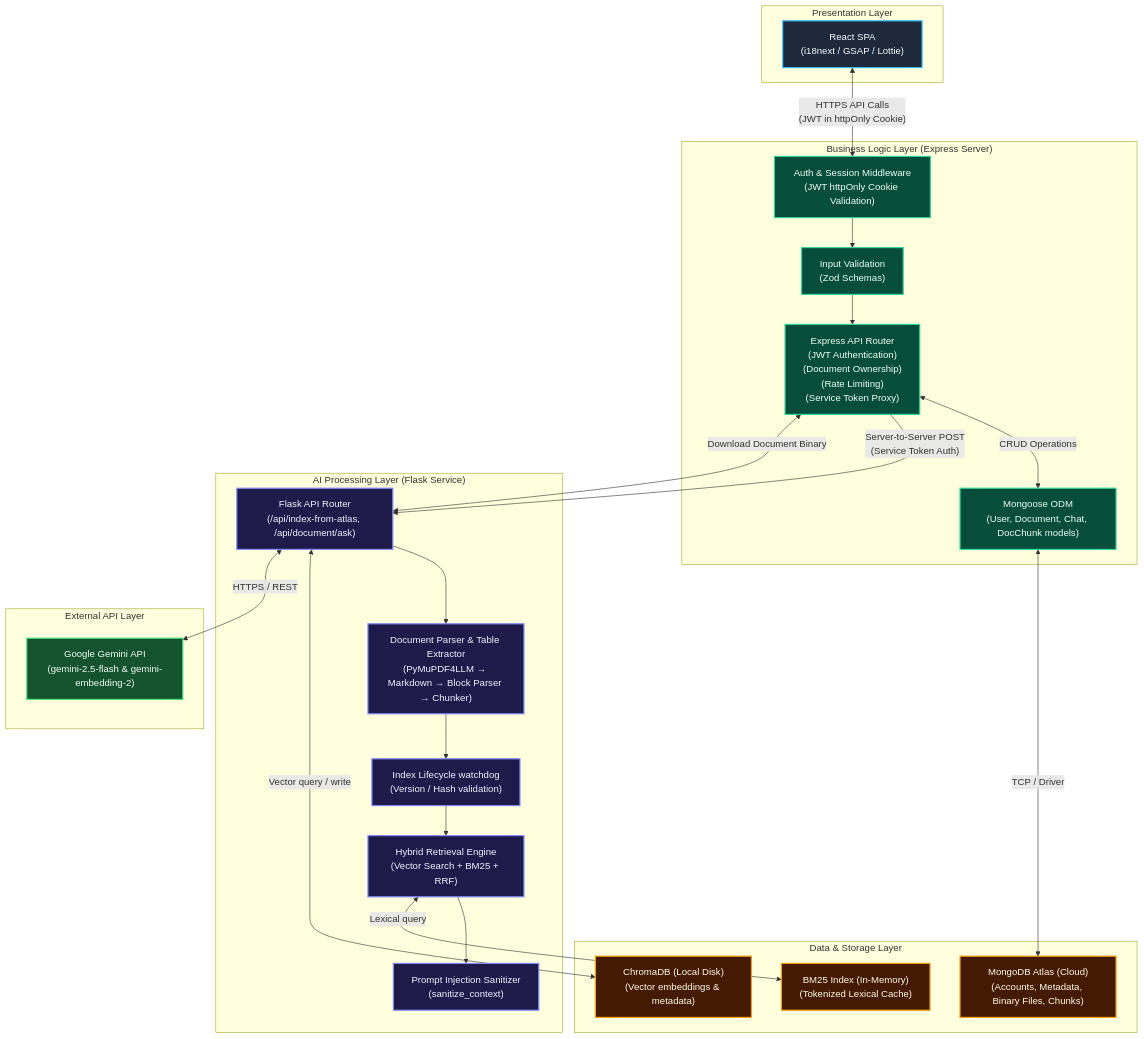
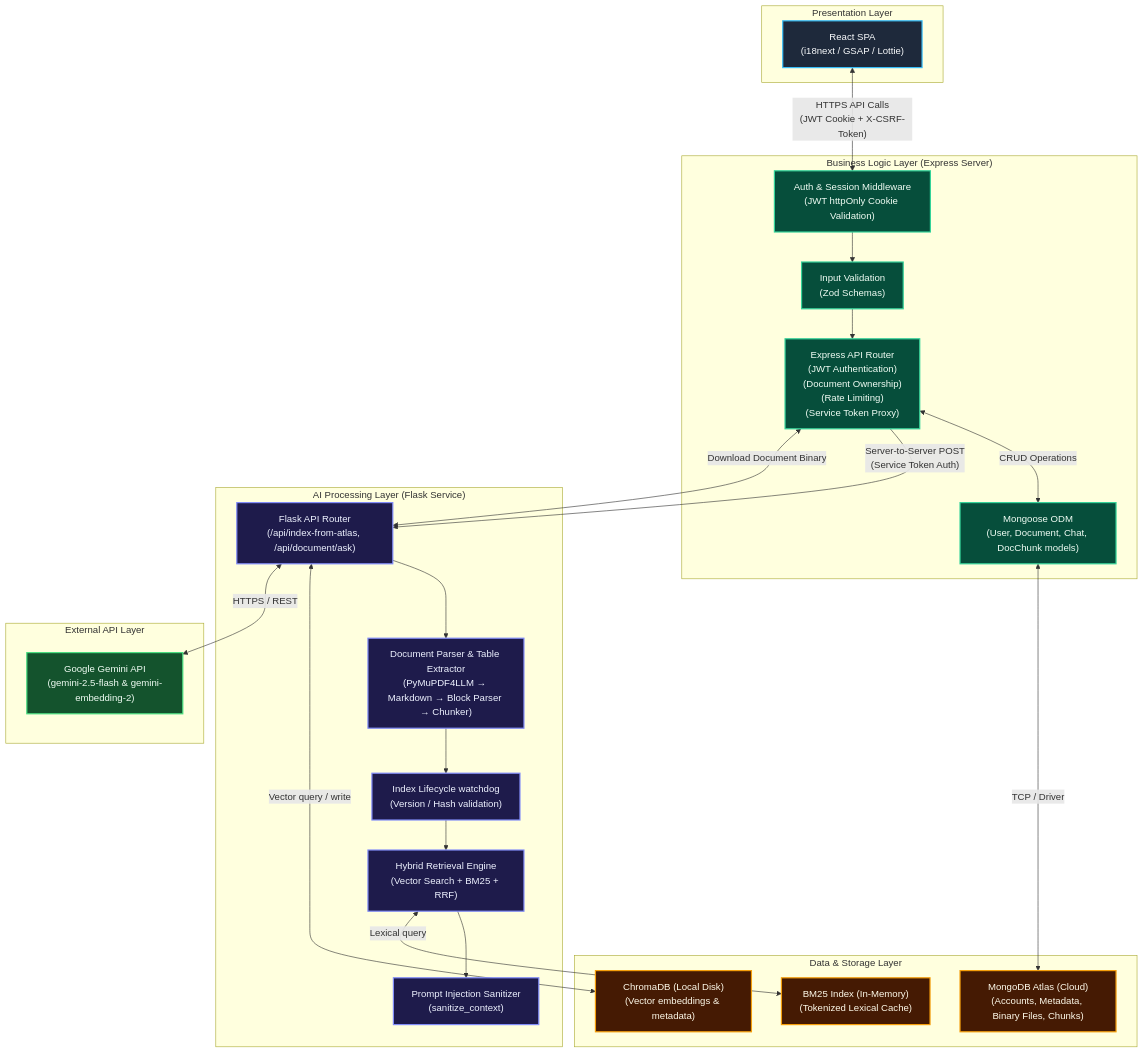
Before and after one commit to Dr-Venom29/SmartDocQ: the second of 2 diagrams in README.md, drawn with Mermaid. The commit also changed other lines of this file and 12 other files, not shown here.

````diff
--- a/README.md
+++ b/README.md
@@ -118,65 +120,65 @@
 ```mermaid
 graph TD
     %% Styles
     classDef client fill:#1E293B,stroke:#38BDF8,stroke-width:2px,color:#F8FAFC;
     classDef business fill:#064E3B,stroke:#34D399,stroke-width:2px,color:#F0FDF4;
     classDef aiservice fill:#1E1B4B,stroke:#818CF8,stroke-width:2px,color:#EEF2FF;
     classDef storage fill:#451A03,stroke:#F59E0B,stroke-width:2px,color:#FFFBEB;
     classDef external fill:#14532D,stroke:#4ADE80,stroke-width:2px,color:#F0FDF4;
 
     %% Client Layer
     subgraph Client_Layer ["Presentation Layer"]
         ReactSPA["React SPA<br/>(i18next / GSAP / Lottie)"]:::client
     end
 
     %% Business Logic Layer
     subgraph Middleware_Layer ["Business Logic Layer (Express Server)"]
         ExpressRouter["Express API Router<br/>(JWT Authentication)<br/>(Document Ownership)<br/>(Rate Limiting)<br/>(Service Token Proxy)"]:::business
         AuthGuard["Auth & Session Middleware<br/>(JWT httpOnly Cookie Validation)"]:::business
         ZodValidator["Input Validation<br/>(Zod Schemas)"]:::business
         MongooseDB["Mongoose ODM<br/>(User, Document, Chat, DocChunk models)"]:::business
     end
 
     %% AI Processing Layer
     subgraph AI_Layer ["AI Processing Layer (Flask Service)"]
         FlaskApp["Flask API Router<br/>(/api/index-from-atlas, /api/document/ask)"]:::aiservice
         Parser["Document Parser & Table Extractor<br/>(PyMuPDF4LLM → Markdown → Block Parser → Chunker)"]:::aiservice
         VersionManager["Index Lifecycle watchdog<br/>(Version / Hash validation)"]:::aiservice
         RetrievalPipeline["Hybrid Retrieval Engine<br/>(Vector Search + BM25 + RRF)"]:::aiservice
         Sanitizer["Prompt Injection Sanitizer<br/>(sanitize_context)"]:::aiservice
     end
 
     %% Storage Layer
     subgraph Storage_Layer ["Data & Storage Layer"]
         MongoDB["MongoDB Atlas (Cloud)<br/>(Accounts, Metadata, Binary Files, Chunks)"]:::storage
         ChromaDB["ChromaDB (Local Disk)<br/>(Vector embeddings & metadata)"]:::storage
         BM25Cache["BM25 Index (In-Memory)<br/>(Tokenized Lexical Cache)"]:::storage
     end
 
     %% External
     subgraph External_APIs ["External API Layer"]
         GeminiAPI["Google Gemini API<br/>(gemini-2.5-flash & gemini-embedding-2)"]:::external
     end
 
     %% Flow/Connections
-    ReactSPA <-->|"HTTPS API Calls<br/>(JWT in httpOnly Cookie)"| AuthGuard
+    ReactSPA <-->|"HTTPS API Calls<br/>(JWT Cookie + X-CSRF-Token)"| AuthGuard
     AuthGuard --> ZodValidator
     ZodValidator --> ExpressRouter
     
     ExpressRouter <-->|"CRUD Operations"| MongooseDB
     MongooseDB <-->|"TCP / Driver"| MongoDB
     
     ExpressRouter -->|"Server-to-Server POST<br/>(Service Token Auth)"| FlaskApp
     
     FlaskApp --> Parser
     Parser --> VersionManager
     VersionManager --> RetrievalPipeline
     RetrievalPipeline --> Sanitizer
     
     FlaskApp <-->|"Download Document Binary"| ExpressRouter
     
     FlaskApp <-->|"Vector query / write"| ChromaDB
     RetrievalPipeline <-->|"Lexical query"| BM25Cache
     
     FlaskApp <-->|"HTTPS / REST"| GeminiAPI
 ```
````
